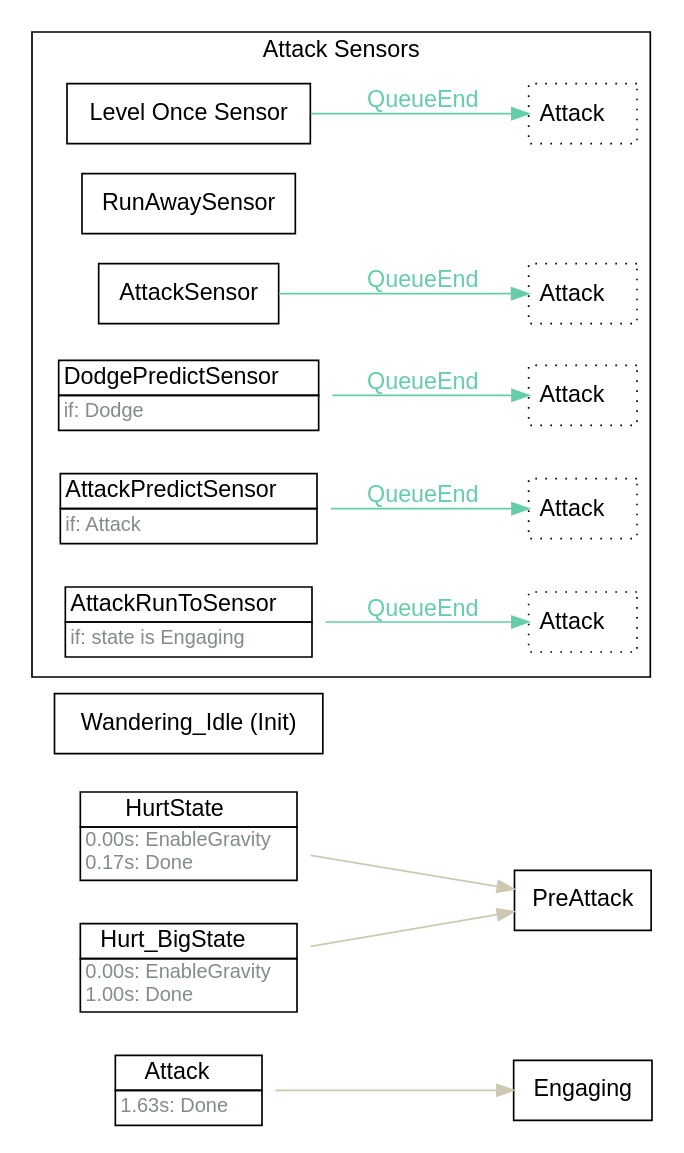
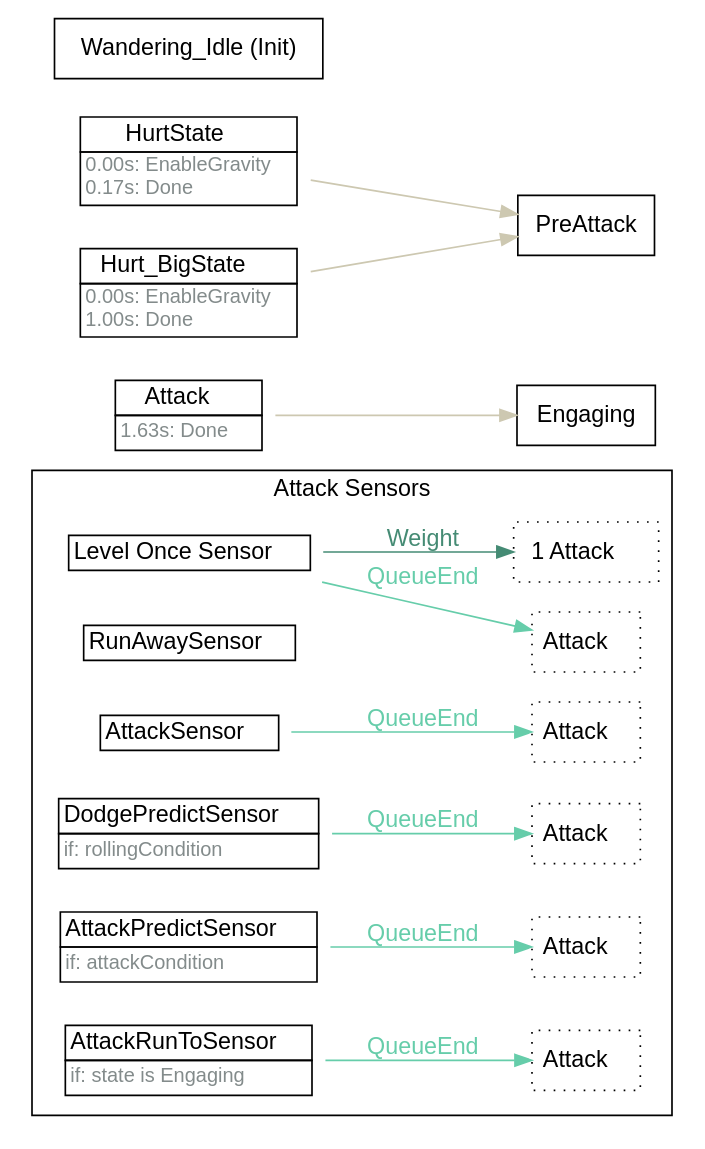
Before and after one commit to nine-sols-modding/StateDump: the diagram in Attacks/Minion/Dragon_Snake/data.dot, drawn with Graphviz. The commit also changed 463 other files, not shown here.

```diff
--- a/Attacks/Minion/Dragon_Snake/data.dot
+++ b/Attacks/Minion/Dragon_Snake/data.dot
@@ -1,34 +1,36 @@
 strict digraph "Foo" {
 	"rankdir"="LR";
-	node ["shape"="box", "fontname"="Helvetica"];
+	node ["shape"="box","fontname"="Helvetica"];
 	edge ["fontname"="Helvetica"];
-	"Attack" ["shape"="plaintext", "label"=<<TABLE border="0" cellborder="1" cellspacing="0" cellpadding="2"><TR><TD >Attack  </TD></TR><TR><TD align="left" balign="left"><FONT point-size="12" color="azure4">1.63s: Done</FONT>  </TD></TR></TABLE>>]
-	"Attack" -> "Engaging"  ["color"="cornsilk3", "fontcolor"="cornsilk3"]
-	"HurtState" ["shape"="plaintext", "label"=<<TABLE border="0" cellborder="1" cellspacing="0" cellpadding="2"><TR><TD >HurtState  </TD></TR><TR><TD align="left" balign="left"><FONT point-size="12" color="azure4">0.00s: EnableGravity<br/>0.17s: Done</FONT>  </TD></TR></TABLE>>]
-	"HurtState" -> "PreAttack"  ["color"="cornsilk3", "fontcolor"="cornsilk3"]
-	"Hurt_BigState" ["shape"="plaintext", "label"=<<TABLE border="0" cellborder="1" cellspacing="0" cellpadding="2"><TR><TD >Hurt_BigState  </TD></TR><TR><TD align="left" balign="left"><FONT point-size="12" color="azure4">0.00s: EnableGravity<br/>1.00s: Done</FONT>  </TD></TR></TABLE>>]
-	"Hurt_BigState" -> "PreAttack"  ["color"="cornsilk3", "fontcolor"="cornsilk3"]
-	"Wandering_Idle" ["label"="Wandering_Idle (Init)"]
 	subgraph "cluster_attacksensors" {
 		"rank"="sink";
 		"label"="Attack Sensors";
 		"fontname"="Helvetica";
-		"Level Once Sensor" ["label"="Level Once Sensor"]
-		"Level Once Sensor_linked" ["shape"="box", "style"="dotted", "label"=<<TABLE border="0" cellborder="0" cellspacing="0" cellpadding="2"><TR><TD>Attack  </TD></TR></TABLE>>, "margin"="0.05"]
-		"Level Once Sensor" -> "Level Once Sensor_linked"  ["label"="QueueEnd", "color"="aquamarine3", "fontcolor"="aquamarine3"]
-		"RunAwaySensor" ["label"="RunAwaySensor"]
-		"AttackSensor" ["label"="AttackSensor"]
-		"AttackSensor_linked" ["shape"="box", "style"="dotted", "label"=<<TABLE border="0" cellborder="0" cellspacing="0" cellpadding="2"><TR><TD>Attack  </TD></TR></TABLE>>, "margin"="0.05"]
-		"AttackSensor" -> "AttackSensor_linked"  ["label"="QueueEnd", "color"="aquamarine3", "fontcolor"="aquamarine3"]
-		"DodgePredictSensor" ["shape"="plaintext", "label"=<<TABLE border="0" cellborder="1" cellspacing="0" cellpadding="2"><TR><TD >DodgePredictSensor  </TD></TR><TR><TD align="left" balign="left"><FONT point-size="12" color="azure4">if: Dodge</FONT>  </TD></TR></TABLE>>]
-		"DodgePredictSensor_linked" ["shape"="box", "style"="dotted", "label"=<<TABLE border="0" cellborder="0" cellspacing="0" cellpadding="2"><TR><TD>Attack  </TD></TR></TABLE>>, "margin"="0.05"]
-		"DodgePredictSensor" -> "DodgePredictSensor_linked"  ["label"="QueueEnd", "color"="aquamarine3", "fontcolor"="aquamarine3"]
-		"AttackPredictSensor" ["shape"="plaintext", "label"=<<TABLE border="0" cellborder="1" cellspacing="0" cellpadding="2"><TR><TD >AttackPredictSensor  </TD></TR><TR><TD align="left" balign="left"><FONT point-size="12" color="azure4">if: Attack</FONT>  </TD></TR></TABLE>>]
-		"AttackPredictSensor_linked" ["shape"="box", "style"="dotted", "label"=<<TABLE border="0" cellborder="0" cellspacing="0" cellpadding="2"><TR><TD>Attack  </TD></TR></TABLE>>, "margin"="0.05"]
-		"AttackPredictSensor" -> "AttackPredictSensor_linked"  ["label"="QueueEnd", "color"="aquamarine3", "fontcolor"="aquamarine3"]
-		"AttackRunToSensor" ["shape"="plaintext", "label"=<<TABLE border="0" cellborder="1" cellspacing="0" cellpadding="2"><TR><TD >AttackRunToSensor  </TD></TR><TR><TD align="left" balign="left"><FONT point-size="12" color="azure4">if: state is Engaging</FONT>  </TD></TR></TABLE>>]
-		"AttackRunToSensor_linked" ["shape"="box", "style"="dotted", "label"=<<TABLE border="0" cellborder="0" cellspacing="0" cellpadding="2"><TR><TD>Attack  </TD></TR></TABLE>>, "margin"="0.05"]
-		"AttackRunToSensor" -> "AttackRunToSensor_linked"  ["label"="QueueEnd", "color"="aquamarine3", "fontcolor"="aquamarine3"]
+		"Level Once Sensor" ["shape"="plaintext","label"=<<TABLE border="0" cellspacing="0" cellborder="1" cellpadding="2"><TR><TD>Level Once Sensor  </TD></TR></TABLE>>]
+		"Level Once Sensor_linked" ["shape"="box","style"="dotted","label"=<<TABLE border="0" cellspacing="0" cellborder="0" cellpadding="2"><TR><TD>Attack  </TD></TR></TABLE>>,"margin"="0.05"]
+		"Level Once Sensor" -> "Level Once Sensor_linked"  ["label"="QueueEnd","color"="aquamarine3","fontcolor"="aquamarine3"]
+		"Level Once Sensor_weight" ["shape"="box","style"="dotted","label"=<<TABLE border="0" cellspacing="0" cellborder="0" cellpadding="2"><TR><TD>1 Attack  </TD></TR></TABLE>>]
+		"Level Once Sensor" -> "Level Once Sensor_weight"  ["label"="Weight","color"="aquamarine4","fontcolor"="aquamarine4"]
+		"RunAwaySensor" ["shape"="plaintext","label"=<<TABLE border="0" cellspacing="0" cellborder="1" cellpadding="2"><TR><TD>RunAwaySensor  </TD></TR></TABLE>>]
+		"AttackSensor" ["shape"="plaintext","label"=<<TABLE border="0" cellspacing="0" cellborder="1" cellpadding="2"><TR><TD>AttackSensor  </TD></TR></TABLE>>]
+		"AttackSensor_linked" ["shape"="box","style"="dotted","label"=<<TABLE border="0" cellspacing="0" cellborder="0" cellpadding="2"><TR><TD>Attack  </TD></TR></TABLE>>,"margin"="0.05"]
+		"AttackSensor" -> "AttackSensor_linked"  ["label"="QueueEnd","color"="aquamarine3","fontcolor"="aquamarine3"]
+		"DodgePredictSensor" ["shape"="plaintext","label"=<<TABLE border="0" cellspacing="0" cellborder="1" cellpadding="2"><TR><TD>DodgePredictSensor  </TD></TR><TR><TD align="left" balign="left"><FONT point-size="12" color="azure4">if: rollingCondition</FONT>  </TD></TR></TABLE>>]
+		"DodgePredictSensor_linked" ["shape"="box","style"="dotted","label"=<<TABLE border="0" cellspacing="0" cellborder="0" cellpadding="2"><TR><TD>Attack  </TD></TR></TABLE>>,"margin"="0.05"]
+		"DodgePredictSensor" -> "DodgePredictSensor_linked"  ["label"="QueueEnd","color"="aquamarine3","fontcolor"="aquamarine3"]
+		"AttackPredictSensor" ["shape"="plaintext","label"=<<TABLE border="0" cellspacing="0" cellborder="1" cellpadding="2"><TR><TD>AttackPredictSensor  </TD></TR><TR><TD align="left" balign="left"><FONT point-size="12" color="azure4">if: attackCondition</FONT>  </TD></TR></TABLE>>]
+		"AttackPredictSensor_linked" ["shape"="box","style"="dotted","label"=<<TABLE border="0" cellspacing="0" cellborder="0" cellpadding="2"><TR><TD>Attack  </TD></TR></TABLE>>,"margin"="0.05"]
+		"AttackPredictSensor" -> "AttackPredictSensor_linked"  ["label"="QueueEnd","color"="aquamarine3","fontcolor"="aquamarine3"]
+		"AttackRunToSensor" ["shape"="plaintext","label"=<<TABLE border="0" cellspacing="0" cellborder="1" cellpadding="2"><TR><TD>AttackRunToSensor  </TD></TR><TR><TD align="left" balign="left"><FONT point-size="12" color="azure4">if: state is Engaging</FONT>  </TD></TR></TABLE>>]
+		"AttackRunToSensor_linked" ["shape"="box","style"="dotted","label"=<<TABLE border="0" cellspacing="0" cellborder="0" cellpadding="2"><TR><TD>Attack  </TD></TR></TABLE>>,"margin"="0.05"]
+		"AttackRunToSensor" -> "AttackRunToSensor_linked"  ["label"="QueueEnd","color"="aquamarine3","fontcolor"="aquamarine3"]
 	}
 	
+	"Attack" -> "Engaging"  ["color"="cornsilk3","fontcolor"="cornsilk3"]
+	"Attack" ["shape"="plaintext","label"=<<TABLE border="0" cellspacing="0" cellborder="1" cellpadding="2"><TR><TD>Attack  </TD></TR><TR><TD align="left" balign="left"><FONT point-size="12" color="azure4">1.63s: Done</FONT>  </TD></TR></TABLE>>]
+	"HurtState" -> "PreAttack"  ["color"="cornsilk3","fontcolor"="cornsilk3"]
+	"HurtState" ["shape"="plaintext","label"=<<TABLE border="0" cellspacing="0" cellborder="1" cellpadding="2"><TR><TD>HurtState  </TD></TR><TR><TD align="left" balign="left"><FONT point-size="12" color="azure4">0.00s: EnableGravity<br/>0.17s: Done</FONT>  </TD></TR></TABLE>>]
+	"Hurt_BigState" -> "PreAttack"  ["color"="cornsilk3","fontcolor"="cornsilk3"]
+	"Hurt_BigState" ["shape"="plaintext","label"=<<TABLE border="0" cellspacing="0" cellborder="1" cellpadding="2"><TR><TD>Hurt_BigState  </TD></TR><TR><TD align="left" balign="left"><FONT point-size="12" color="azure4">0.00s: EnableGravity<br/>1.00s: Done</FONT>  </TD></TR></TABLE>>]
+	"Wandering_Idle" ["label"="Wandering_Idle (Init)"]
 }
```
